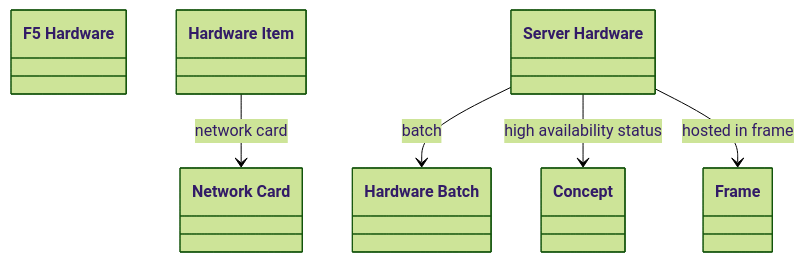
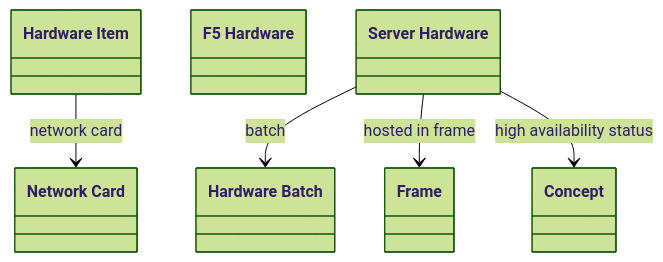
Before and after one commit to oeg-upm/Devos: the diagram in output/ieswc_meta/hardware.ttl-abstract-7-0-hard.md, drawn with Mermaid (forest theme). The commit also changed other lines of this file and 131 other files, not shown here.

````diff
--- a/output/ieswc_meta/hardware.ttl-abstract-7-0-hard.md
+++ b/output/ieswc_meta/hardware.ttl-abstract-7-0-hard.md
@@ -1,43 +1,43 @@
 ```mermaid
 	classDiagram
 
     
-    class `F5 Hardware` {
+    class `Hardware Batch` {
     
     }
 
     class `Hardware Item` {
     
     }
 
+    class `F5 Hardware` {
+    
+    }
+
     class `Server Hardware` {
     
     }
 
-    class `Hardware Batch` {
+    class `Frame` {
+    
+    }
+
+    class `Concept` {
     
     }
 
     class `Network Card` {
     
     }
 
-    class `Concept` {
-    
-    }
-
-    class `Frame` {
-    
-    }
 
 
+`Server Hardware`  --> `Hardware Batch`   :batch  
+
+`Server Hardware`  --> `Frame`   :hosted in frame  
+
+`Server Hardware`  --> `Concept`   :high availability status  
 
 `Hardware Item`  --> `Network Card`   :network card  
 
-`Server Hardware`  --> `Hardware Batch`   :batch  
-
-`Server Hardware`  --> `Concept`   :high availability status  
-
-`Server Hardware`  --> `Frame`   :hosted in frame  
-
 ```
````
